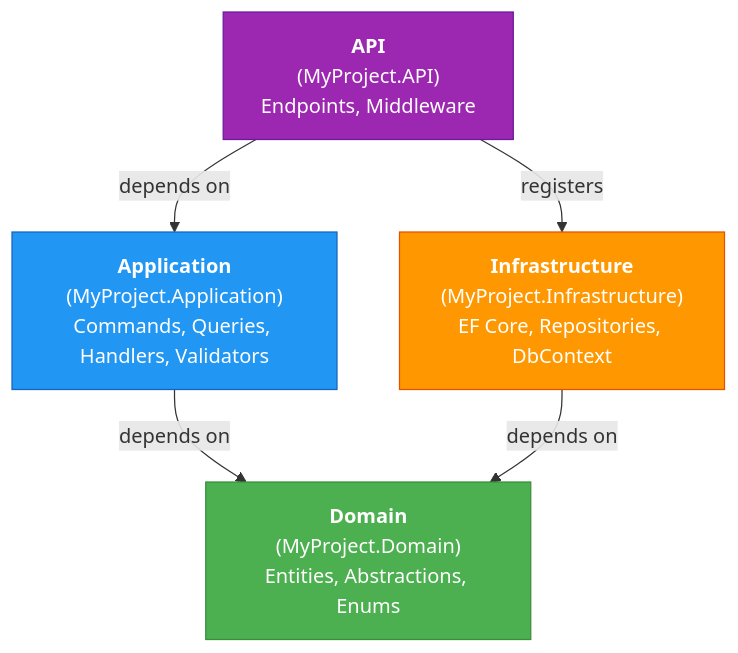
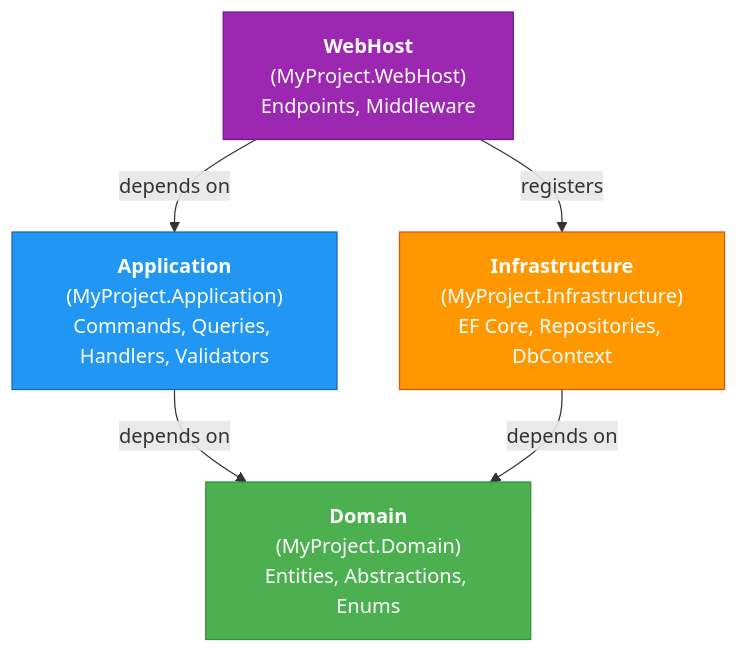
Before and after one commit to benjamin-pham/ProjectDemo: the diagram in Architect.md, drawn with Mermaid. The commit also changed 118 other files, not shown here.

````diff
--- a/Architect.md
+++ b/Architect.md
@@ -1,17 +1,17 @@
 ```mermaid
 graph TD
-    API["<b>API</b><br/>(MyProject.API)<br/>Endpoints, Middleware"]
+    WebHost["<b>WebHost</b><br/>(MyProject.WebHost)<br/>Endpoints, Middleware"]
     APP["<b>Application</b><br/>(MyProject.Application)<br/>Commands, Queries, Handlers, Validators"]
     INF["<b>Infrastructure</b><br/>(MyProject.Infrastructure)<br/>EF Core, Repositories, DbContext"]
     DOM["<b>Domain</b><br/>(MyProject.Domain)<br/>Entities, Abstractions, Enums"]
 
-    API -->|depends on| APP
-    API -->|registers| INF
+    WebHost -->|depends on| APP
+    WebHost -->|registers| INF
     APP -->|depends on| DOM
     INF -->|depends on| DOM
 
     style DOM fill:#4CAF50,color:#fff,stroke:#388E3C
     style APP fill:#2196F3,color:#fff,stroke:#1565C0
     style INF fill:#FF9800,color:#fff,stroke:#E65100
-    style API fill:#9C27B0,color:#fff,stroke:#6A1B9A
+    style WebHost fill:#9C27B0,color:#fff,stroke:#6A1B9A
 ```
````
